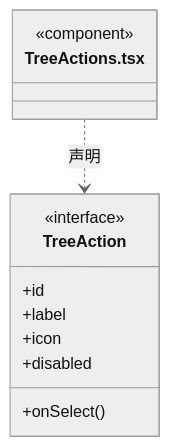
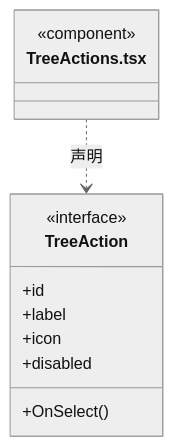
Diagram 17 of 21 in src/view/components/ARCHITECTURE.md (nan023062/cbim), drawn with Mermaid (neutral theme) before and after one commit. The commit also changed 1035 other files, not shown here.

````diff
--- a/src/view/components/ARCHITECTURE.md
+++ b/src/view/components/ARCHITECTURE.md
@@ -212,15 +212,15 @@
 ```mermaid
 classDiagram
 class N_src_view_components_TreeActions_tsx["TreeActions.tsx"] {
   <<component>>
 }
 class N_src_view_components_TreeActions_tsx_TreeAction["TreeAction"] {
   <<interface>>
   +id
   +label
   +icon
   +disabled
-  +onSelect()
+  +OnSelect()
 }
 N_src_view_components_TreeActions_tsx ..> N_src_view_components_TreeActions_tsx_TreeAction : 声明
 ```
````
